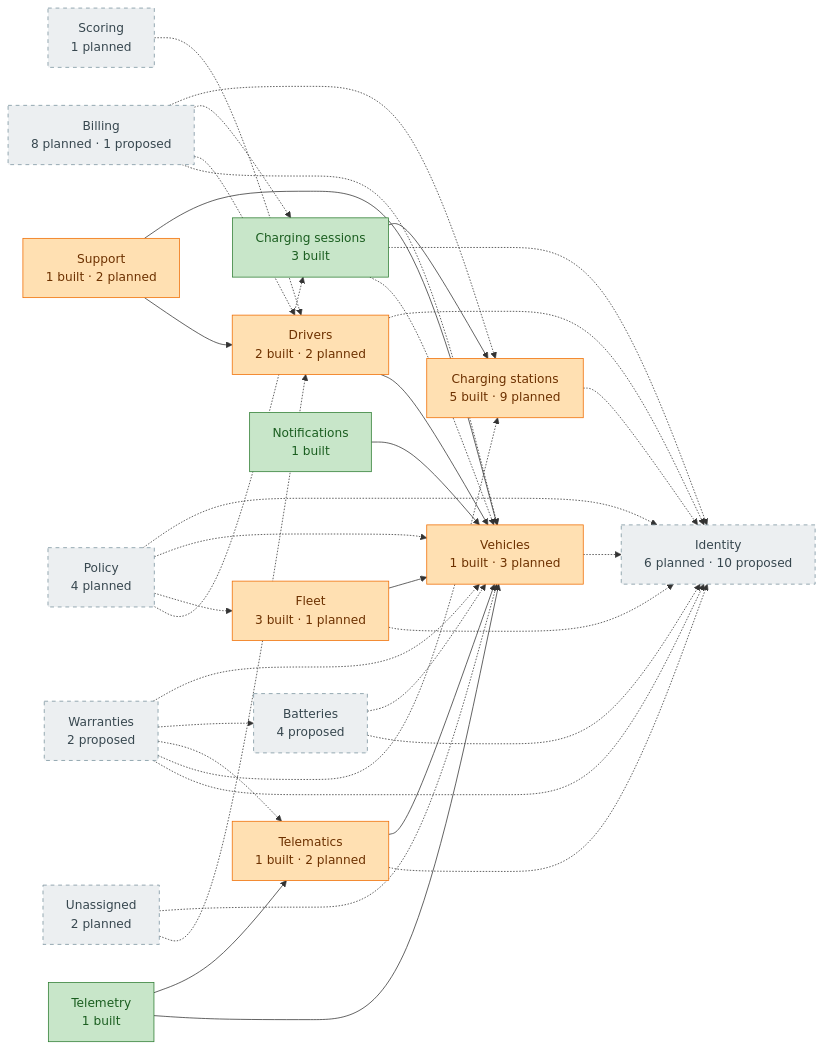
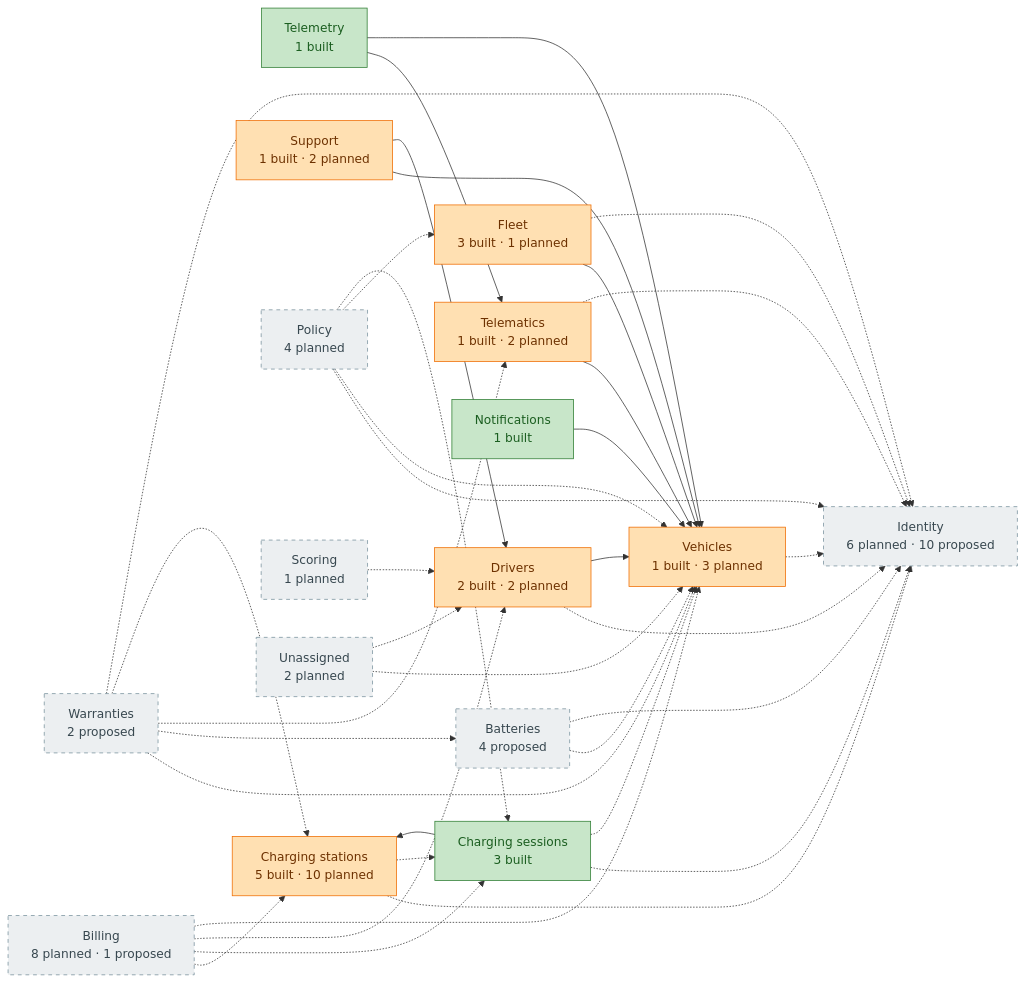
The diagram in docs/design/domain-model/overview.md (yolo-coccoc/G3Network-app), drawn with Mermaid before and after one commit. The commit also changed other lines of this file and 16 other files, not shown here.

````diff
--- a/docs/design/domain-model/overview.md
+++ b/docs/design/domain-model/overview.md
@@ -28,56 +28,57 @@
 ```mermaid
 flowchart LR
   identity["Identity<br/>6 planned · 10 proposed"]:::planned
   vehicles["Vehicles<br/>1 built · 3 planned"]:::partial
   batteries["Batteries<br/>4 proposed"]:::planned
   warranties["Warranties<br/>2 proposed"]:::planned
   telematics["Telematics<br/>1 built · 2 planned"]:::partial
   telemetry["Telemetry<br/>1 built"]:::built
   drivers["Drivers<br/>2 built · 2 planned"]:::partial
   fleet["Fleet<br/>3 built · 1 planned"]:::partial
-  charging_stations["Charging stations<br/>5 built · 9 planned"]:::partial
+  charging_stations["Charging stations<br/>5 built · 10 planned"]:::partial
   charging_sessions["Charging sessions<br/>3 built"]:::built
   notifications["Notifications<br/>1 built"]:::built
   support["Support<br/>1 built · 2 planned"]:::partial
   policy["Policy<br/>4 planned"]:::planned
   billing["Billing<br/>8 planned · 1 proposed"]:::planned
   scoring["Scoring<br/>1 planned"]:::planned
   unassigned["Unassigned<br/>2 planned"]:::planned
   batteries -.-> vehicles
   warranties -.-> vehicles
   warranties -.-> batteries
   warranties -.-> telematics
   warranties -.-> charging_stations
   telematics --> vehicles
   telemetry --> telematics
   telemetry --> vehicles
   drivers -.-> identity
   drivers --> vehicles
   fleet --> vehicles
   fleet -.-> identity
   charging_stations -.-> identity
+  charging_stations -.-> charging_sessions
   charging_sessions --> charging_stations
   charging_sessions -.-> identity
   charging_sessions -.-> vehicles
   notifications --> vehicles
   support --> vehicles
   support --> drivers
   policy -.-> identity
   policy -.-> vehicles
   policy -.-> fleet
   policy -.-> charging_sessions
   billing -.-> charging_stations
   billing -.-> charging_sessions
   billing -.-> drivers
   billing -.-> vehicles
   scoring -.-> drivers
   unassigned -.-> vehicles
   unassigned -.-> drivers
   vehicles -.-> identity
   batteries -.-> identity
   warranties -.-> identity
   telematics -.-> identity
   classDef built fill:#C8E6C9,stroke:#2E7D32,color:#1B5E20
   classDef partial fill:#FFE0B2,stroke:#EF6C00,color:#6D3100
   classDef planned fill:#ECEFF1,stroke:#78909C,color:#37474F,stroke-dasharray:5 5
 ```
````
